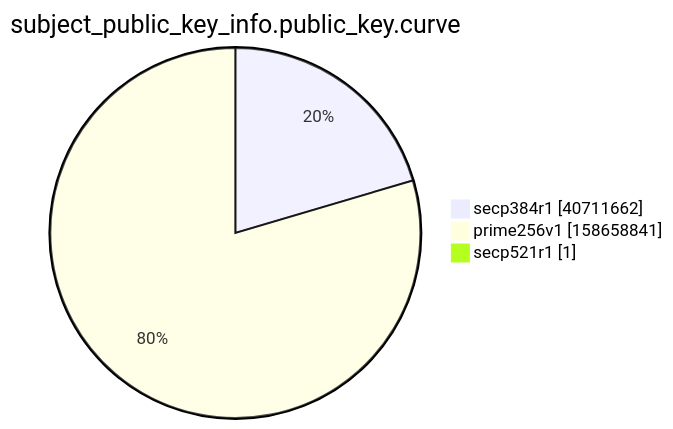
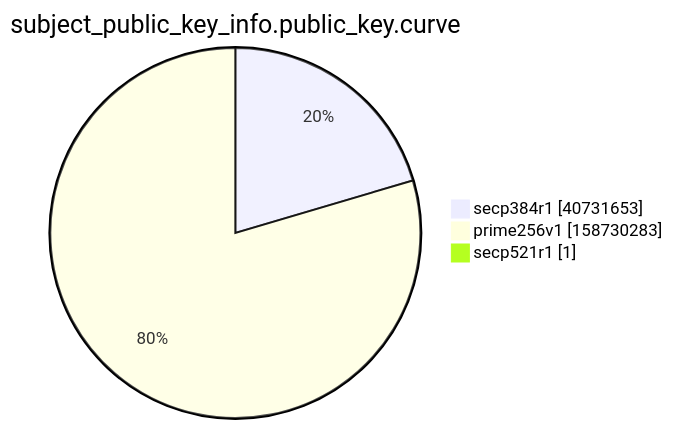
One commit to christiankrug/ctmonitor_visualization changed the ninth of 15 diagrams in xenon2022/README.md. Above: the diagram before and after it, drawn with Mermaid. The commit also changed other lines of this file, not shown here.

````diff
--- a/xenon2022/README.md
+++ b/xenon2022/README.md
@@ -2867,7 +2867,7 @@
 ```mermaid
 pie showData
 title subject_public_key_info.public_key.curve
-"secp384r1" :40711662
-"prime256v1" :158658841
+"secp384r1" :40731653
+"prime256v1" :158730283
 "secp521r1" :1
 ```
````
